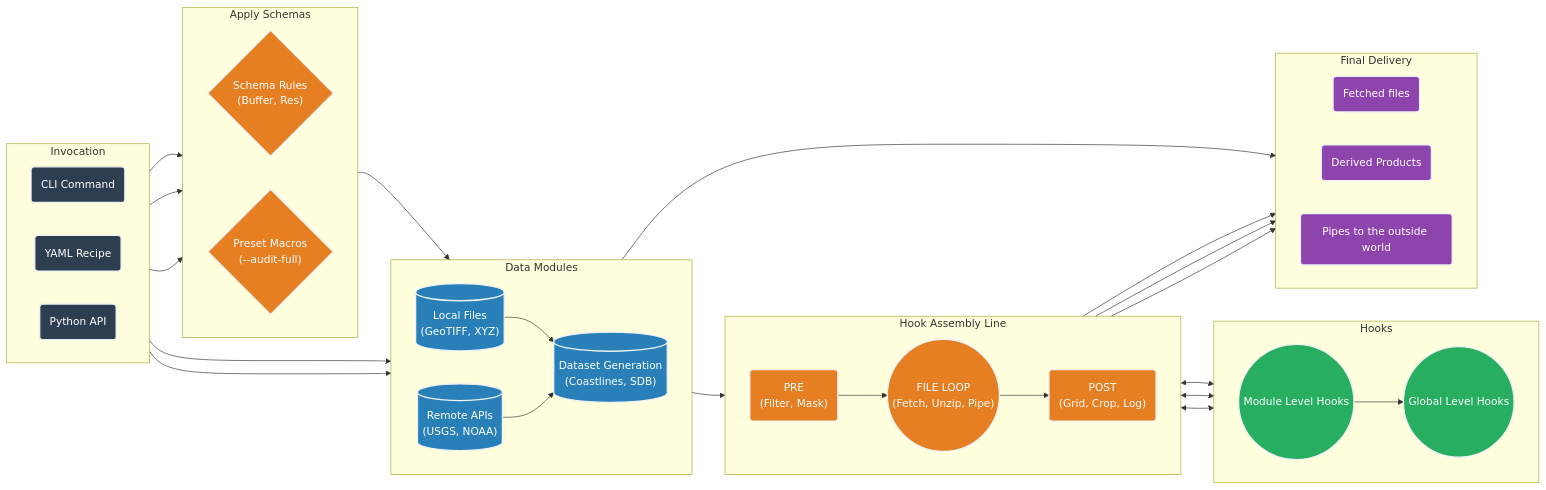
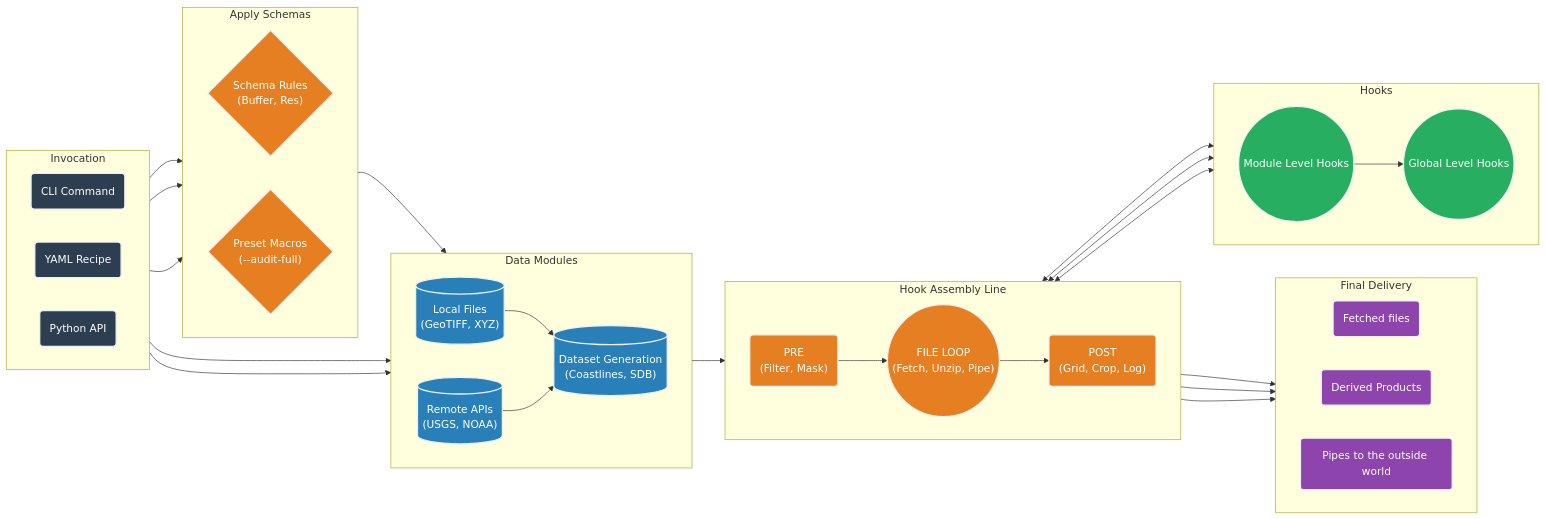
Before and after one commit to continuous-dems/fetchez: the diagram in README.md, drawn with Mermaid.

Commit message:
mermaid test

````diff
--- a/README.md
+++ b/README.md
@@ -17,73 +17,73 @@
 ```mermaid
 flowchart LR
     %% Custom Styling
     classDef input fill:#2c3e50,stroke:#ecf0f1,stroke-width:2px,color:#fff,rx:5px,ry:5px;
     classDef engine fill:#e67e22,stroke:#ecf0f1,stroke-width:2px,color:#fff,rx:5px,ry:5px;
     classDef module fill:#2980b9,stroke:#ecf0f1,stroke-width:2px,color:#fff,rx:5px,ry:5px;
     classDef hook fill:#27ae60,stroke:#ecf0f1,stroke-width:2px,color:#fff,rx:5px,ry:5px;
     classDef output fill:#8e44ad,stroke:#ecf0f1,stroke-width:2px,color:#fff,rx:5px,ry:5px;
 
     subgraph Inputs ["Invocation"]
         direction LR
         CLI("CLI Command"):::input
         Recipe("YAML Recipe"):::input
         API("Python API"):::input
     end
 
     subgraph Schemas ["Apply Schemas"]
         direction LR
         Schema{"Schema Rules<br/>(Buffer, Res)"}:::engine
         Presets{"Preset Macros<br/>(--audit-full)"}:::engine
     end
 
     subgraph Sources ["Data Modules"]
         direction LR
         Remote[("Remote APIs<br/>(USGS, NOAA)")]:::module
         Local[("Local Files<br/>(GeoTIFF, XYZ)")]:::module
 		Tools[("Dataset Generation<br/>(Coastlines, SDB)")]:::module
 
 		Local --> Tools
         Remote --> Tools
     end
 
 
     subgraph Pipeline ["Hook Assembly Line"]
         direction LR
         Pre("PRE<br/>(Filter, Mask)"):::engine
         File(("FILE LOOP<br/>(Fetch, Unzip, Pipe)")):::engine
         Post("POST<br/>(Grid, Crop, Log)"):::engine
 
         Pre-->File
         File-->Post
     end
 
     subgraph Out ["Final Delivery"]
         direction LR
         Files("Fetched files"):::output
         Products("Derived Products"):::output
         Pipes("Pipes to the outside world"):::output
     end
 
     subgraph Hooks ["Hooks"]
         direction LR
         ModuleLevelHooks(("Module Level Hooks")):::hook
         GlobalLevelHooks(("Global Level Hooks")):::hook
         ModuleLevelHooks-->GlobalLevelHooks
     end
 
     %% Connections
     CLI --> Sources
     CLI --> Schemas
     API --> Sources
     Recipe --> Schemas
     API --> Schemas
     Schemas --> Sources
     Sources --> Pipeline
-	Sources --> Out
+	%% Sources --> Out
     Pre <--> Hooks
     Pre --> Out
     File <--> Hooks
     File --> Out
     Post <--> Hooks
     Post --> Out
 ```
````
